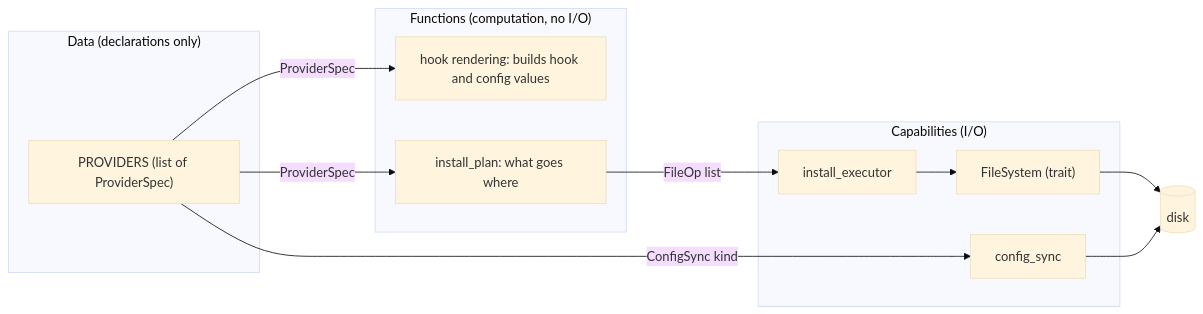
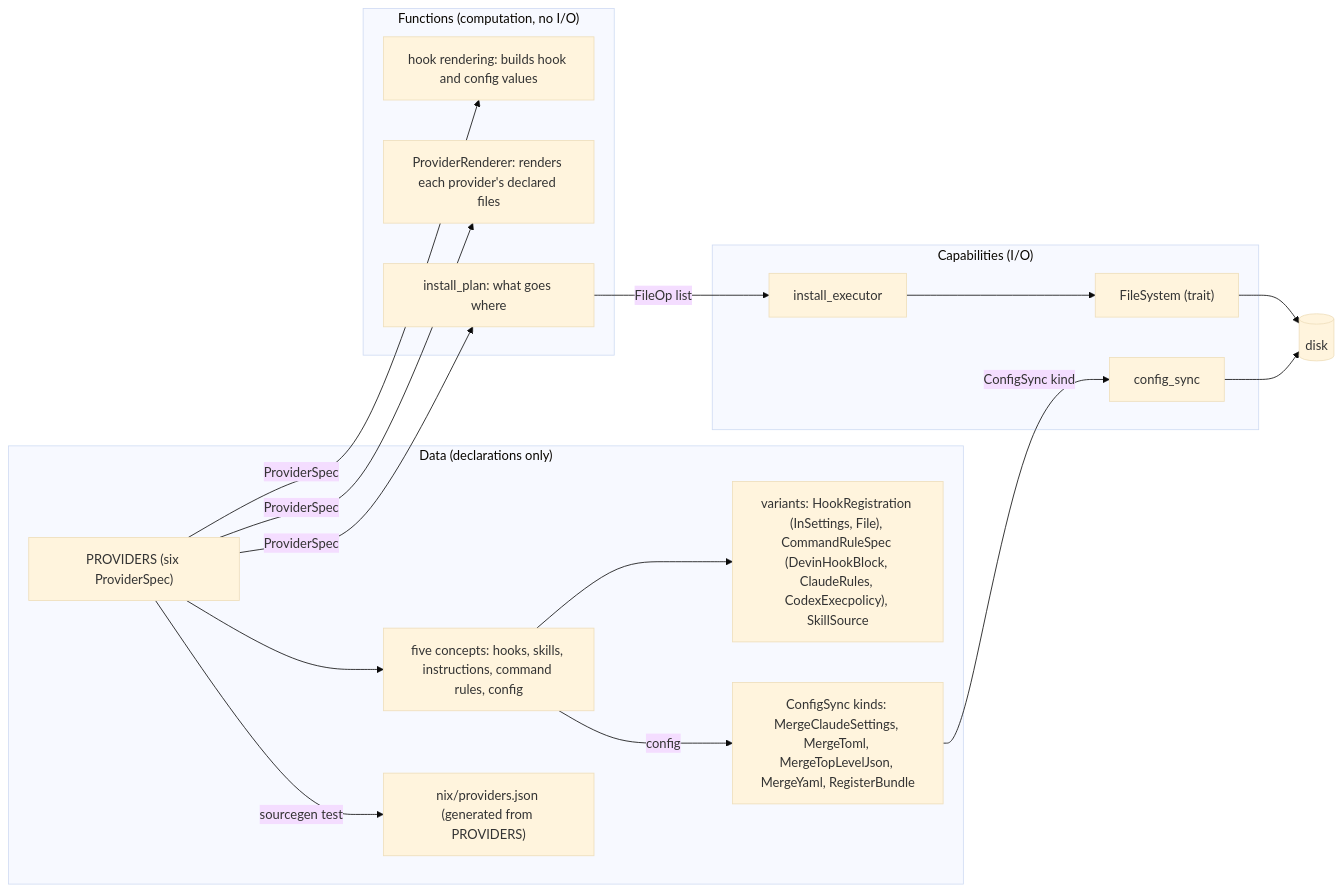
Before and after one commit to furedea/agent-harness: the first of 2 diagrams in docs/DESIGN.md, drawn with Mermaid (base theme). The commit also changed other lines of this file and 26 other files, not shown here.

First line of the commit message:
refactor(provider): declare Claude and Codex in the provider registry (#202)

````diff
--- a/docs/DESIGN.md
+++ b/docs/DESIGN.md
@@ -86,23 +93,33 @@
 ```mermaid
 flowchart LR
   subgraph D["Data (declarations only)"]
-    SPEC["PROVIDERS (list of ProviderSpec)"]
+    SPEC["PROVIDERS (six ProviderSpec)"]
+    CONCEPTS["five concepts: hooks, skills, instructions, command rules, config"]
+    VARIANTS["variants: HookRegistration (InSettings, File), CommandRuleSpec (DevinHookBlock, ClaudeRules, CodexExecpolicy), SkillSource"]
+    JSON["nix/providers.json (generated from PROVIDERS)"]
+    KINDS["ConfigSync kinds: MergeClaudeSettings, MergeToml, MergeTopLevelJson, MergeYaml, RegisterBundle"]
   end
   subgraph F["Functions (computation, no I/O)"]
     RENDER["hook rendering: builds hook and config values"]
+    RENDERER["ProviderRenderer: renders each provider's declared files"]
     PLAN["install_plan: what goes where"]
   end
   subgraph C["Capabilities (I/O)"]
     EXEC["install_executor"]
     FS["FileSystem (trait)"]
     SYNC["config_sync"]
   end
   DISK[("disk")]
   SPEC -- "ProviderSpec" --> RENDER
+  SPEC -- "ProviderSpec" --> RENDERER
   SPEC -- "ProviderSpec" --> PLAN
-  SPEC -- "ConfigSync kind" --> SYNC
+  SPEC --> CONCEPTS
+  CONCEPTS --> VARIANTS
+  CONCEPTS -- "config" --> KINDS
+  SPEC -- "sourcegen test" --> JSON
+  KINDS -- "ConfigSync kind" --> SYNC
   PLAN -- "FileOp list" --> EXEC
   EXEC --> FS
   FS --> DISK
   SYNC --> DISK
 ```
````
